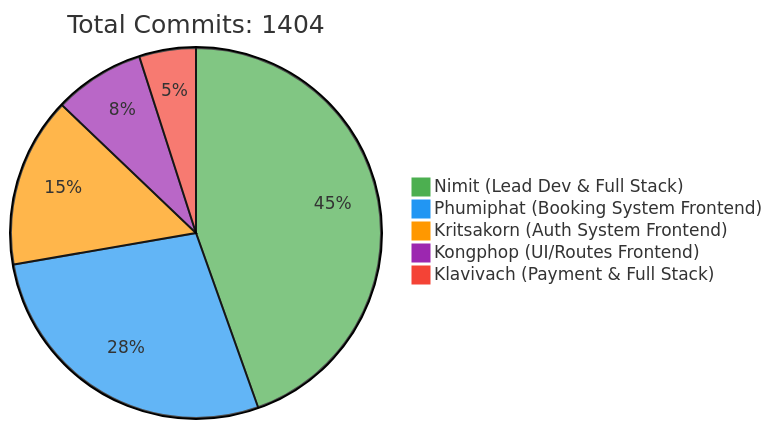
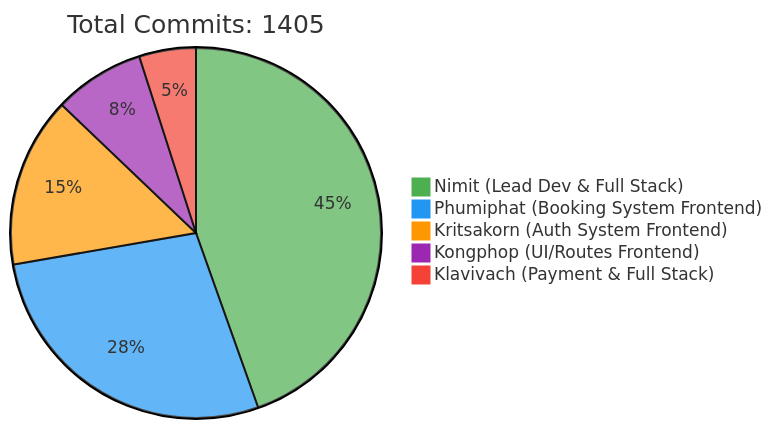
One commit to 6531503042/Sport-Complex changed the first of 2 diagrams in README.md. Above: the diagram before and after it, drawn with Mermaid. The commit also changed other lines of this file, not shown here.

Commit message:
docs: Update contributor statistics [skip ci]

````diff
--- a/README.md
+++ b/README.md
@@ -257,10 +257,10 @@
 ```mermaid
 %%{init: {'theme': 'base', 'themeVariables': { 'pie1': '#4CAF50', 'pie2': '#2196F3', 'pie3': '#FF9800', 'pie4': '#9C27B0', 'pie5': '#F44336'}}}%%
 pie
-    title Total Commits: 1404
+    title Total Commits: 1405
     "Nimit (Lead Dev & Full Stack)" : 450
     "Phumiphat (Booking System Frontend)" : 280
     "Kritsakorn (Auth System Frontend)" : 150
     "Kongphop (UI/Routes Frontend)" : 80
     "Klavivach (Payment & Full Stack)" : 50
 ```
````
